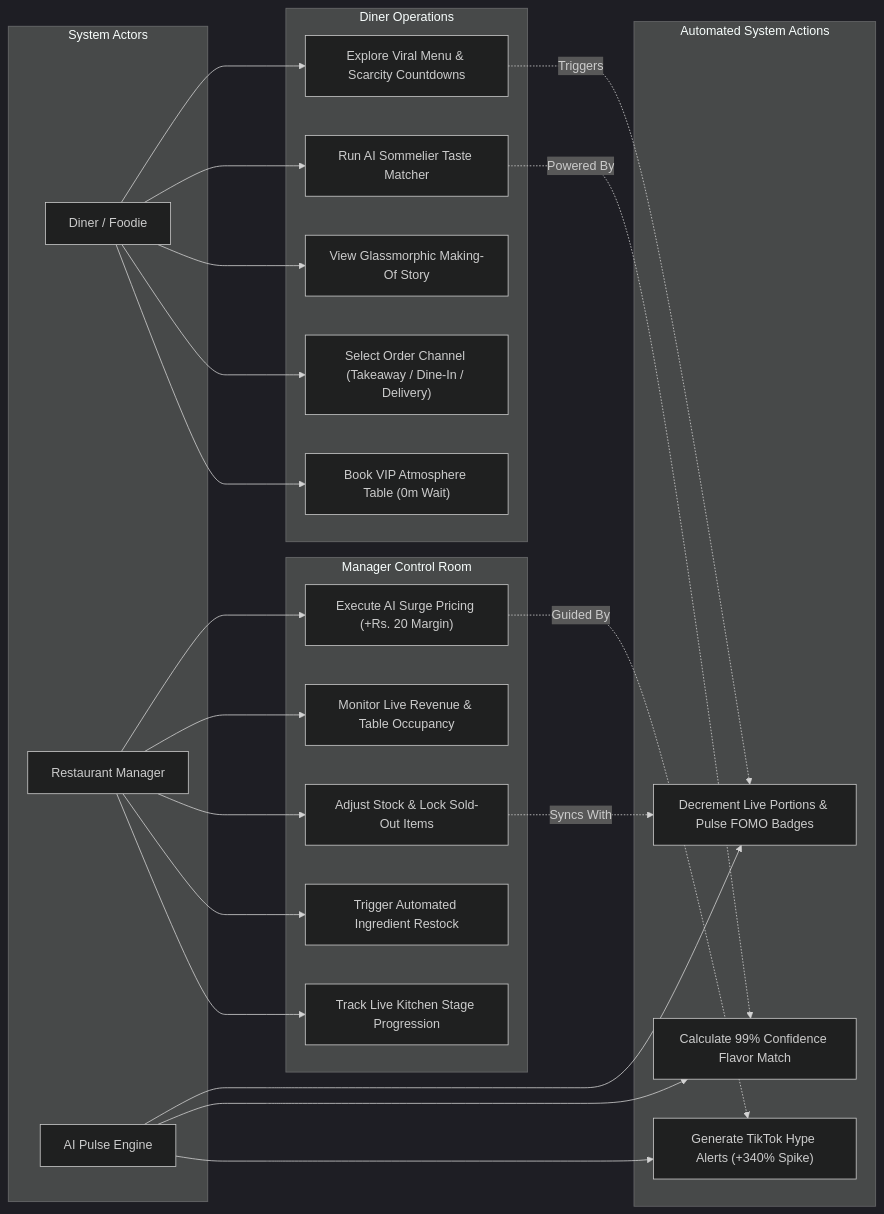
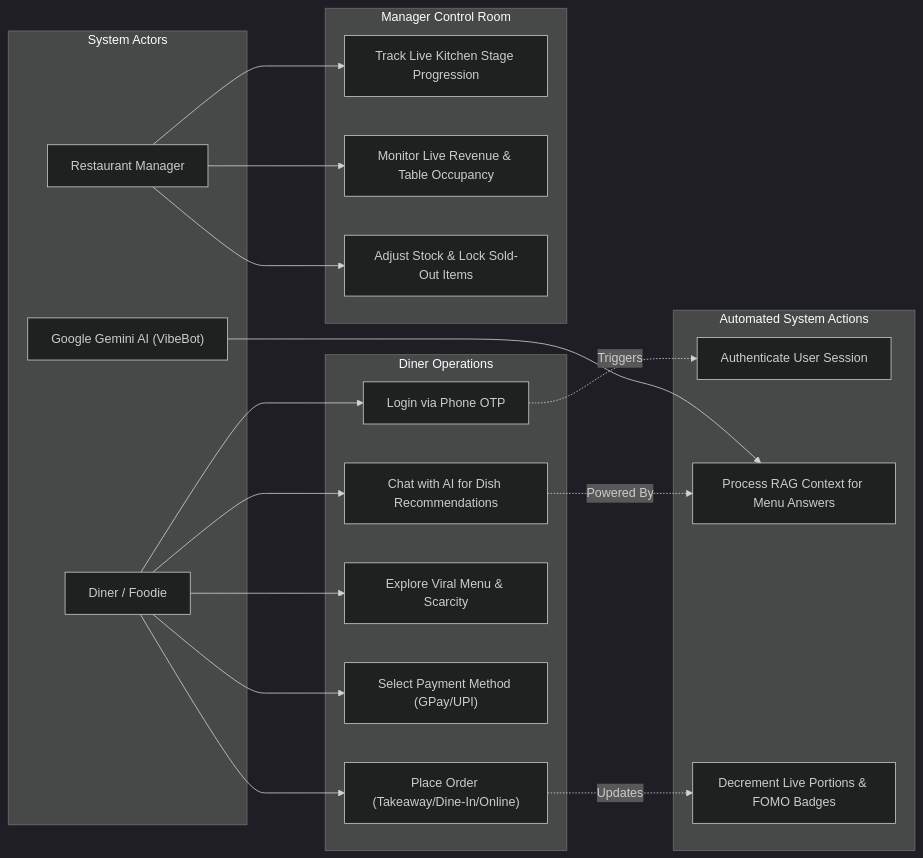
Before and after one commit to gagan-5757/smart-restaurant: the second of 2 diagrams in README.md, drawn with Mermaid (dark theme). The commit also changed other lines of this file, not shown here.

Commit message:
Update README with Phone OTP Auth, Payment UI, and Gemini AI RAG features + diagrams

````diff
--- a/README.md
+++ b/README.md
@@ -114,51 +109,44 @@
 ```mermaid
 flowchart LR
     subgraph Actors [System Actors]
         Diner["Diner / Foodie"]
         Manager["Restaurant Manager"]
-        AI["AI Pulse Engine"]
+        AI["Google Gemini AI (VibeBot)"]
     end
 
     subgraph DinerUseCases [Diner Operations]
-        UC1["Explore Viral Menu & Scarcity Countdowns"]
-        UC2["Run AI Sommelier Taste Matcher"]
-        UC3["View Glassmorphic Making-Of Story"]
-        UC4["Select Order Channel (Takeaway / Dine-In / Delivery)"]
-        UC5["Book VIP Atmosphere Table (0m Wait)"]
+        UC1["Login via Phone OTP"]
+        UC2["Chat with AI for Dish Recommendations"]
+        UC3["Explore Viral Menu & Scarcity"]
+        UC4["Select Payment Method (GPay/UPI)"]
+        UC5["Place Order (Takeaway/Dine-In/Online)"]
     end
 
     subgraph ManagerUseCases [Manager Control Room]
-        UC6["Execute AI Surge Pricing (+Rs. 20 Margin)"]
+        UC6["Track Live Kitchen Stage Progression"]
         UC7["Monitor Live Revenue & Table Occupancy"]
         UC8["Adjust Stock & Lock Sold-Out Items"]
-        UC9["Trigger Automated Ingredient Restock"]
-        UC10["Track Live Kitchen Stage Progression"]
     end
 
     subgraph SystemActions [Automated System Actions]
-        UC11["Decrement Live Portions & Pulse FOMO Badges"]
-        UC12["Calculate 99% Confidence Flavor Match"]
-        UC13["Generate TikTok Hype Alerts (+340% Spike)"]
+        UC9["Authenticate User Session"]
+        UC10["Process RAG Context for Menu Answers"]
+        UC11["Decrement Live Portions & FOMO Badges"]
     end
 
     Diner ---> UC1
     Diner ---> UC2
     Diner ---> UC3
     Diner ---> UC4
     Diner ---> UC5
 
     Manager ---> UC6
     Manager ---> UC7
     Manager ---> UC8
-    Manager ---> UC9
-    Manager ---> UC10
 
-    AI ---> UC11
-    AI ---> UC12
-    AI ---> UC13
+    AI ---> UC10
 
-    UC1 -.->|Triggers| UC11
-    UC2 -.->|Powered By| UC12
-    UC6 -.->|Guided By| UC13
-    UC8 -.->|Syncs With| UC11
+    UC1 -.->|Triggers| UC9
+    UC2 -.->|Powered By| UC10
+    UC5 -.->|Updates| UC11
 ```
````
